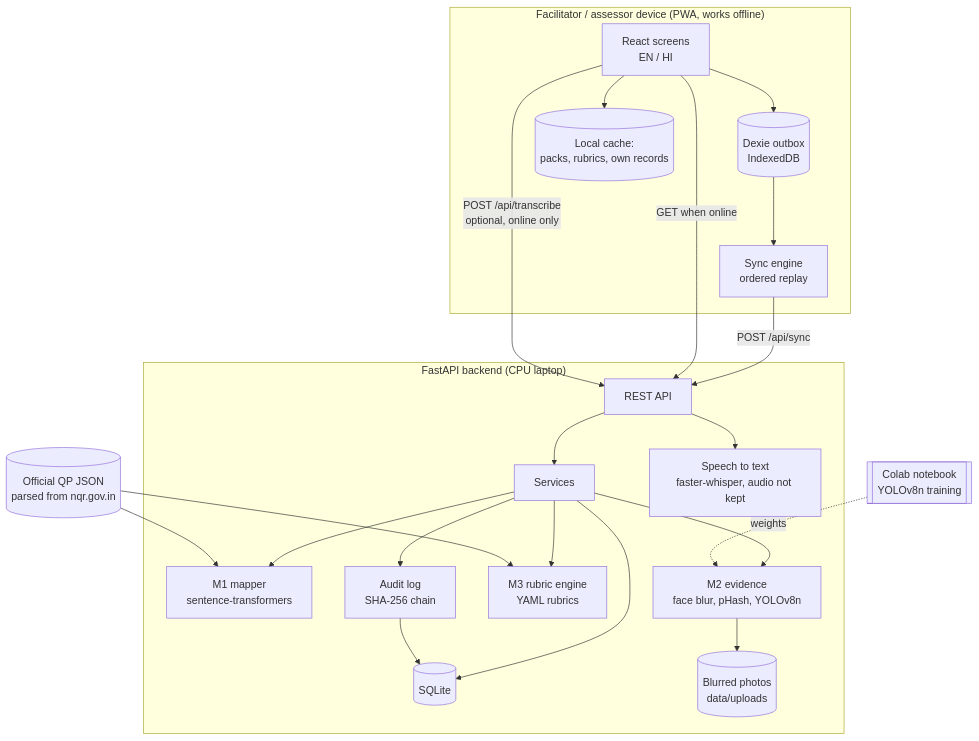
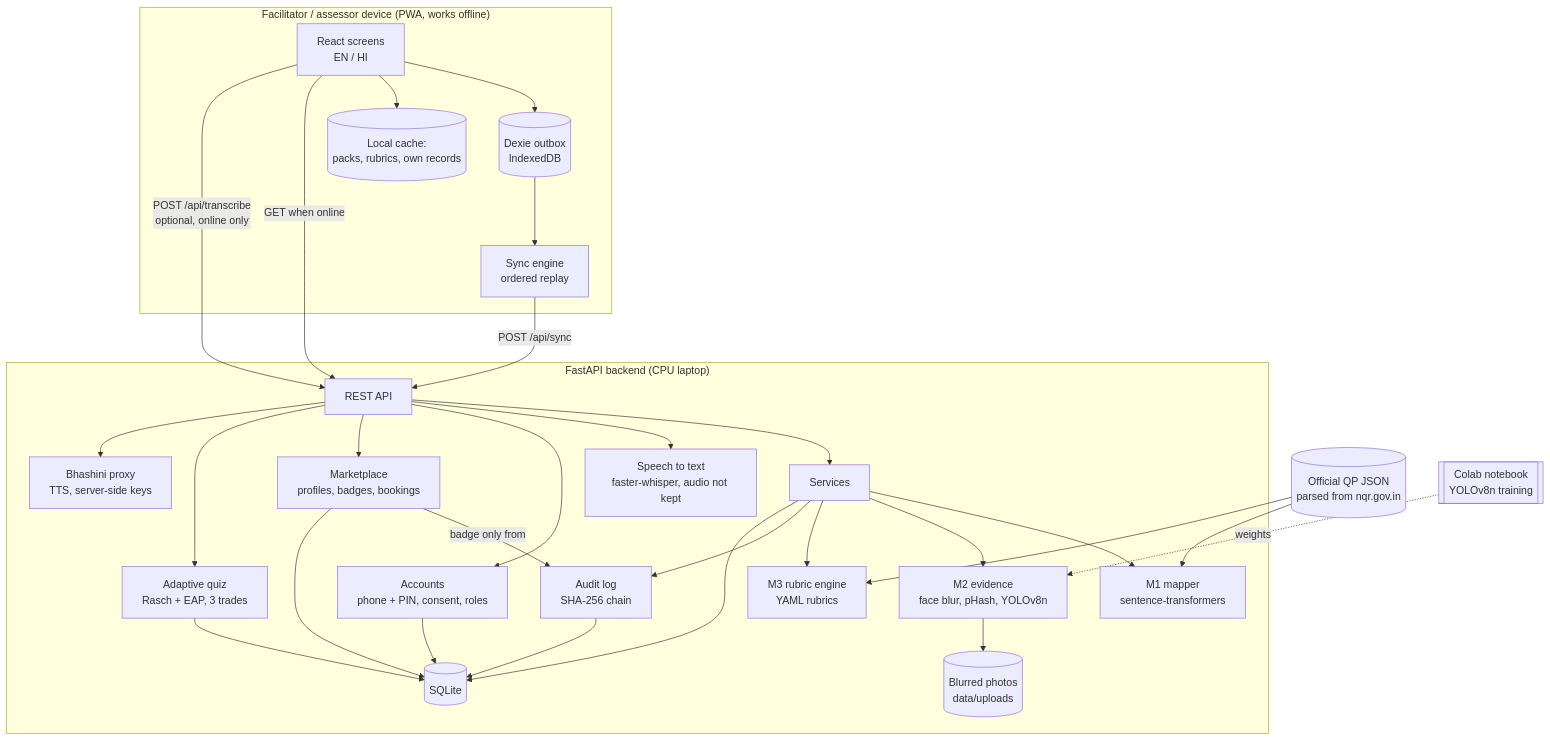
One commit to Maosama01/hunar changed the first of 2 diagrams in docs/architecture.md. Above: the diagram before and after it, drawn with Mermaid. The commit also changed other lines of this file and 54 other files, not shown here.

````diff
--- a/docs/architecture.md
+++ b/docs/architecture.md
@@ -5,25 +5,33 @@
 ```mermaid
 flowchart TB
   subgraph Device["Facilitator / assessor device (PWA, works offline)"]
     UI[React screens<br/>EN / HI] --> OB[(Dexie outbox<br/>IndexedDB)]
     UI --> LC[(Local cache:<br/>packs, rubrics, own records)]
     OB --> SY[Sync engine<br/>ordered replay]
   end
   SY -->|POST /api/sync| API
   UI -->|GET when online| API
   UI -->|POST /api/transcribe<br/>optional, online only| API
   subgraph Server["FastAPI backend (CPU laptop)"]
     API[REST API] --> SVC[Services]
     SVC --> M1[M1 mapper<br/>sentence-transformers]
     API --> ASR[Speech to text<br/>faster-whisper, audio not kept]
     SVC --> M2[M2 evidence<br/>face blur, pHash, YOLOv8n]
     SVC --> M3[M3 rubric engine<br/>YAML rubrics]
     SVC --> AU[Audit log<br/>SHA-256 chain]
+    API --> ACC[Accounts<br/>phone + PIN, consent, roles]
+    API --> MKT[Marketplace<br/>profiles, badges, bookings]
+    API --> QZ[Adaptive quiz<br/>Rasch + EAP, 3 trades]
+    API --> BH[Bhashini proxy<br/>TTS, server-side keys]
+    MKT -->|badge only from| AU
+    ACC --> DB
+    MKT --> DB
+    QZ --> DB
     SVC --> DB[(SQLite)]
     AU --> DB
     M2 --> FS[(Blurred photos<br/>data/uploads)]
   end
   QP[(Official QP JSON<br/>parsed from nqr.gov.in)] --> M1
   QP --> M3
   COLAB[[Colab notebook<br/>YOLOv8n training]] -. weights .-> M2
 ```
````
